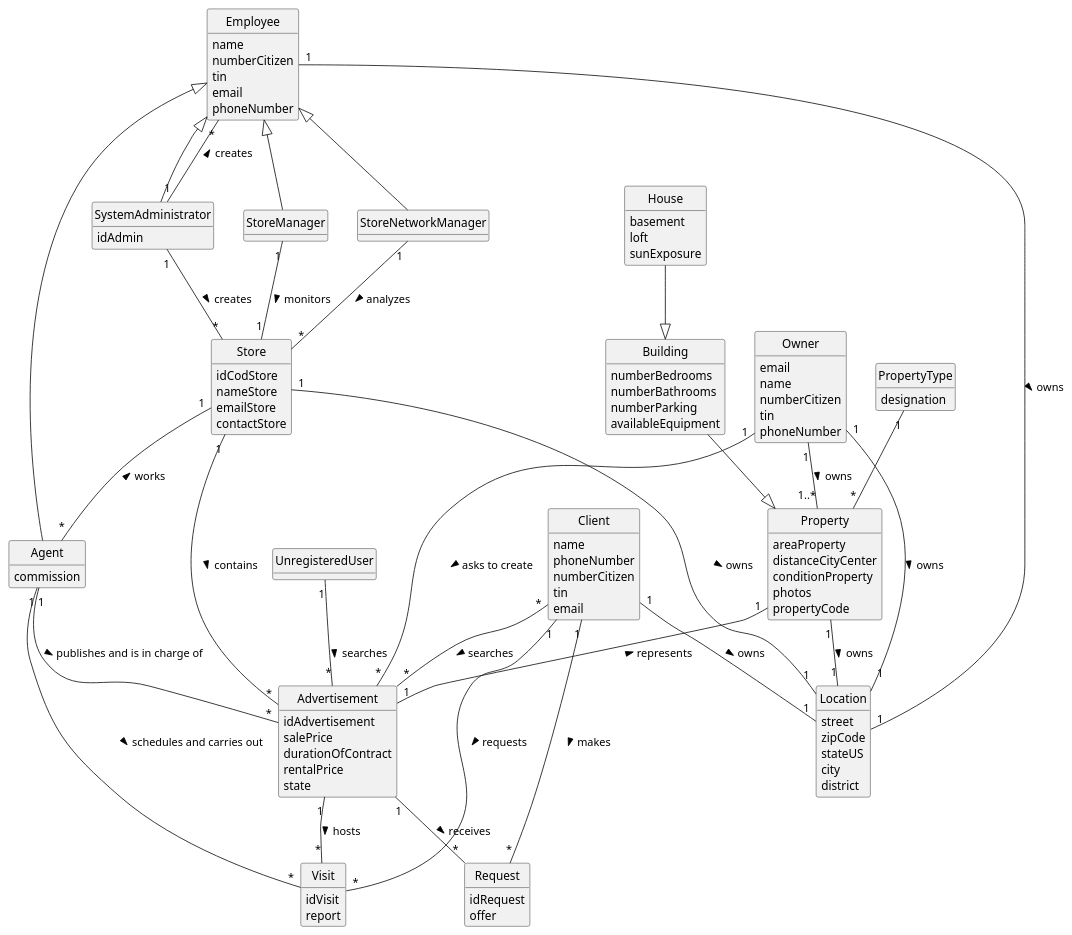
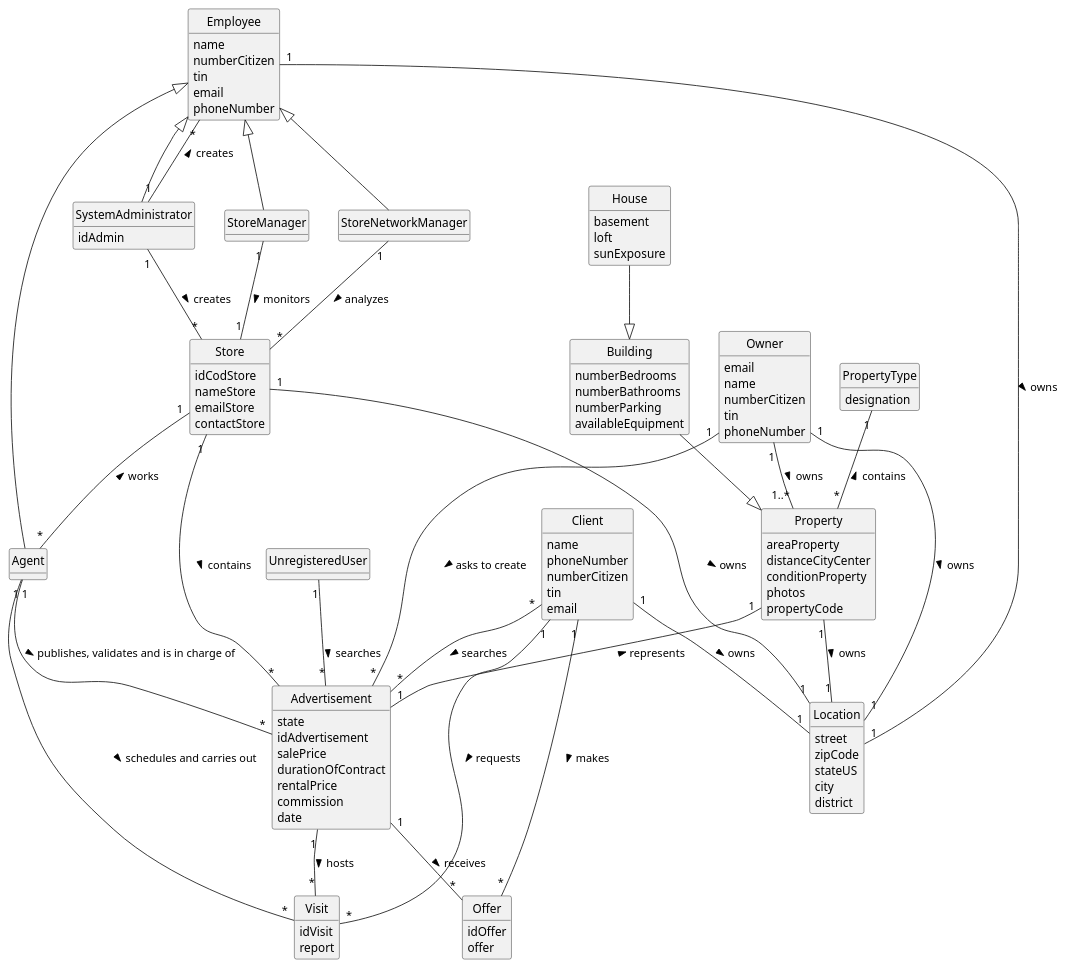
One commit to PEDROMOREIRA45/lei-23-s2-1dg-g31 changed the diagram in docs/sprintA/global-artifacts/02.analysis/puml/project-domain-model.puml. Above: the diagram before and after it, drawn with PlantUML.

Commit message:
domain model changes

```diff
--- a/docs/sprintA/global-artifacts/02.analysis/puml/project-domain-model.puml
+++ b/docs/sprintA/global-artifacts/02.analysis/puml/project-domain-model.puml
@@ -1,141 +1,140 @@
 @startuml
 'https://plantuml.com/class-diagram
 skinparam monochrome true
 skinparam packageStyle rectangle
 skinparam shadowing false
 hide circle
 hide methods
 
 
 class Employee{
     name
     numberCitizen
     tin
     email
     phoneNumber
 }
 
 class Client {
     name
     phoneNumber
     numberCitizen
     tin
     email
 }
 
 class Owner {
     email
     name
     numberCitizen
     tin
     phoneNumber
 }
 
-class Agent {
-    commission
-}
+class Agent
 
 class Advertisement {
+    state
     idAdvertisement
     salePrice
     durationOfContract
     rentalPrice
-    state
+    commission
+    date
 }
 
 class PropertyType{
     designation
 }
 
 class Property{
     areaProperty
     distanceCityCenter
     conditionProperty
     photos
     propertyCode
 }
 
 class House {
     basement
     loft
     sunExposure
 }
 
 class Building{
     numberBedrooms
     numberBathrooms
     numberParking
     availableEquipment
 }
 
 
 class Store{
     idCodStore
     nameStore
     emailStore
     contactStore
 }
 
 class Visit{
     idVisit
     report
 }
 
 class Location {
     street
     zipCode
     stateUS
     city
     district
 }
 
 class StoreManager {
 }
 
 class StoreNetworkManager {
 }
 
-class Request{
-    idRequest
+class Offer{
+    idOffer
     offer
 }
 
 class SystemAdministrator{
     idAdmin
 }
 
 class UnregisteredUser
 
 Owner "1" -- "1..*" Property: owns >
-Agent "1" -- "*" Advertisement: publishes and is in charge of >
+Agent "1" -- "*" Advertisement: publishes, validates and is in charge of >
 House --|> Building
 
 Building --|> Property
 Store "1" -- "*" Agent: works <
 StoreManager "1" -- "1" Store:  monitors >
 Property "1" -- "1" Location: owns >
 StoreNetworkManager "1" -- "*" Store:  analyzes >
 Employee <|-- Agent
 Employee <|-- StoreManager
 Employee <|-- StoreNetworkManager
-Advertisement"1" -- "*"Request: receives >
-Client"1" -- "*"Request: makes >
+Advertisement"1" -- "*"Offer: receives >
+Client"1" -- "*"Offer: makes >
 Store"1" -- "1"Location: owns >
 Advertisement "1" -- "*" Visit: hosts >
 Client "1" -- "*" Visit: requests >
 Agent "1" -- "*" Visit: schedules and carries out >
 Property "1" - "1" Advertisement: represents <
 Client "1" -- "1" Location: owns >
 Employee "1" -- "1" Location: owns >
 Owner "1" -- "1" Location: owns >
 Store "1" -- "*" Advertisement: contains >
 UnregisteredUser "1" -- "*" Advertisement: searches >
 SystemAdministrator "1" -- "*" Store: creates >
 SystemAdministrator "1" -- "*" Employee: creates >
 Client "*" -- "*" Advertisement: searches >
 Employee <|-- SystemAdministrator
 Owner "1" - "*" Advertisement: asks to create >
-PropertyType "1" -- "*" Property
-
+PropertyType "1" -- "*" Property: contains <
 
 @enduml
```
